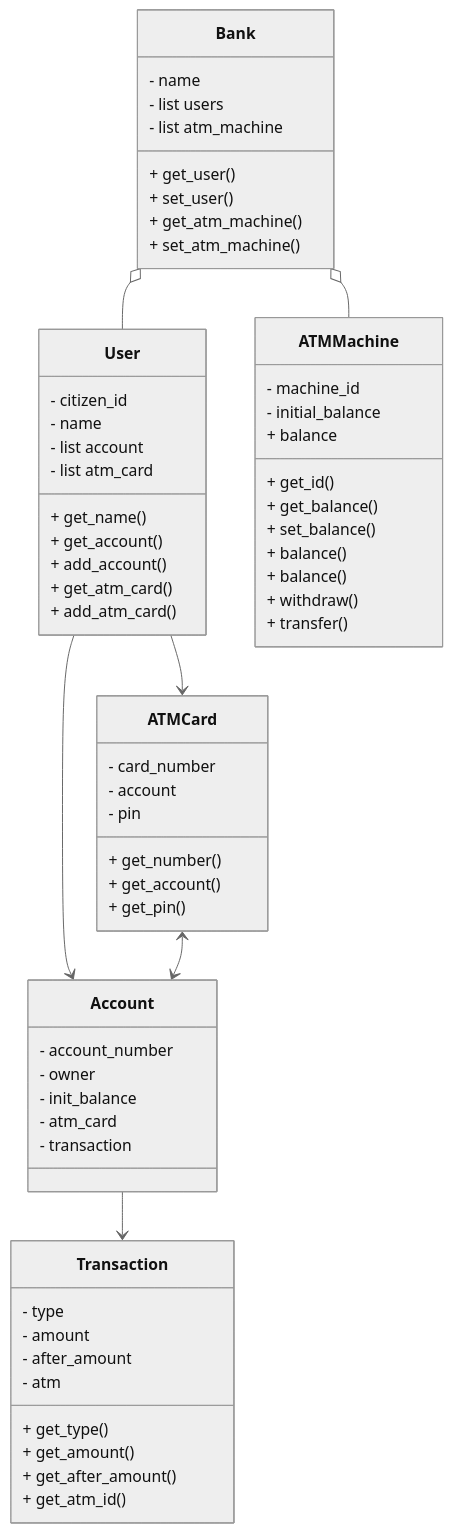
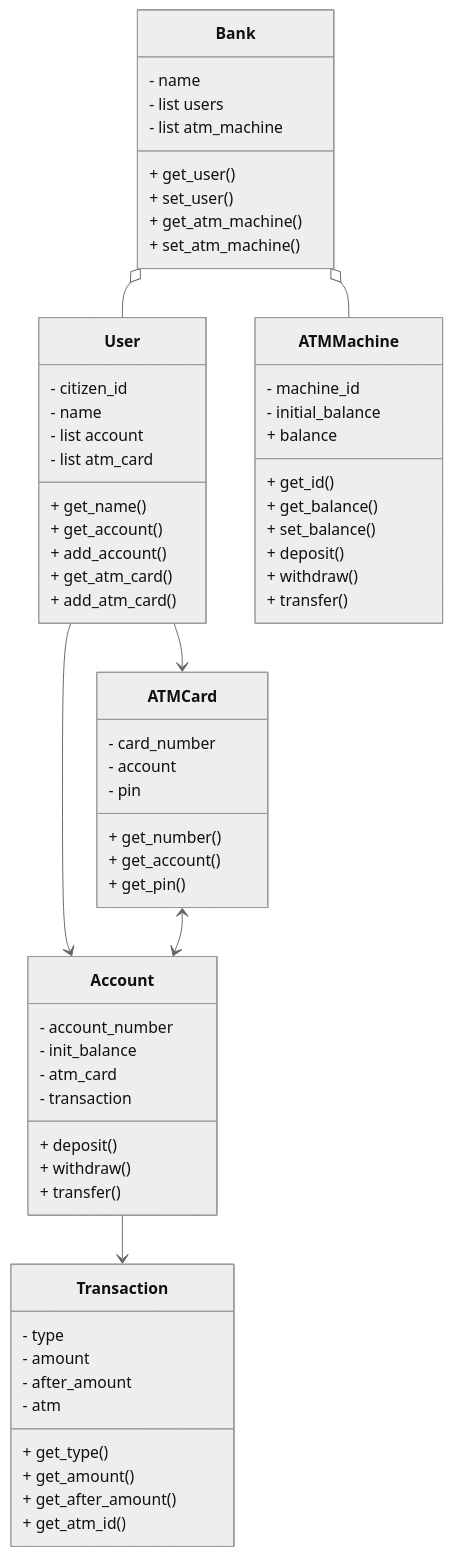
Before and after one commit to whyzotee/object_oriented_programmin: the diagram in Lab3 (Class Diagram)/ClassDiagram.mmd, drawn with Mermaid (neutral theme). The commit also changed 1 other file, not shown here.

```diff
--- a/Lab3 (Class Diagram)/ClassDiagram.mmd
+++ b/Lab3 (Class Diagram)/ClassDiagram.mmd
@@ -1,59 +1,61 @@
 classDiagram
     Bank: - name
     Bank: - list users
     Bank: - list atm_machine
     Bank: + get_user()
     Bank: + set_user()
     Bank: + get_atm_machine()
     Bank: + set_atm_machine()
 
     User: - citizen_id
     User: - name
     User: - list account
     User: - list atm_card
     User: + get_name()
     User: + get_account()
     User: + add_account()
     User: + get_atm_card()
     User: + add_atm_card()
 
     Account: - account_number
-    Account: - owner
+    %% Account: - owner
     Account: - init_balance
     Account: - atm_card
     Account: - transaction
+    Account: + deposit()
+    Account: + withdraw()
+    Account: + transfer()
 
     ATMCard: - card_number
     ATMCard: - account
     ATMCard: - pin
     ATMCard: + get_number()
     ATMCard: + get_account()
     ATMCard: + get_pin()
 
     ATMMachine: - machine_id
     ATMMachine: - initial_balance
     ATMMachine: + balance
     ATMMachine: + get_id()
     ATMMachine: + get_balance()
     ATMMachine: + set_balance()
-    ATMMachine: + balance()
-    ATMMachine: + balance()
+    ATMMachine: + deposit()
     ATMMachine: + withdraw()
     ATMMachine: + transfer()
 
     Transaction: - type
     Transaction: - amount
     Transaction: - after_amount
     Transaction: - atm
     Transaction: + get_type()
     Transaction: + get_amount()
     Transaction: + get_after_amount()
     Transaction: + get_atm_id()
     
     Bank o-- User
     Bank o-- ATMMachine
 
     User --> Account
     User --> ATMCard
     Account --> Transaction
     ATMCard <--> Account
```
